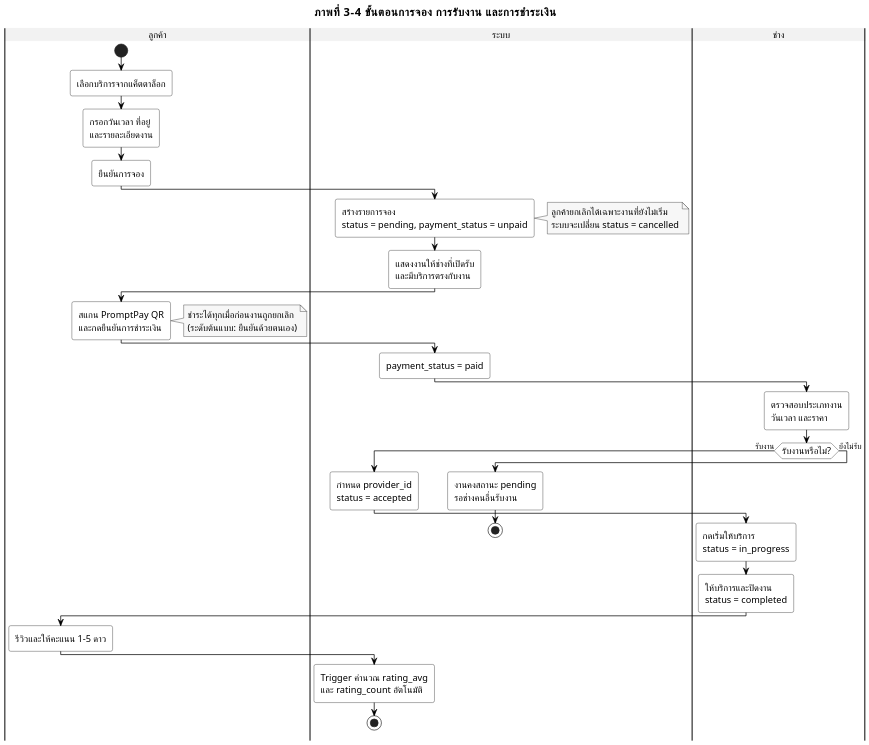
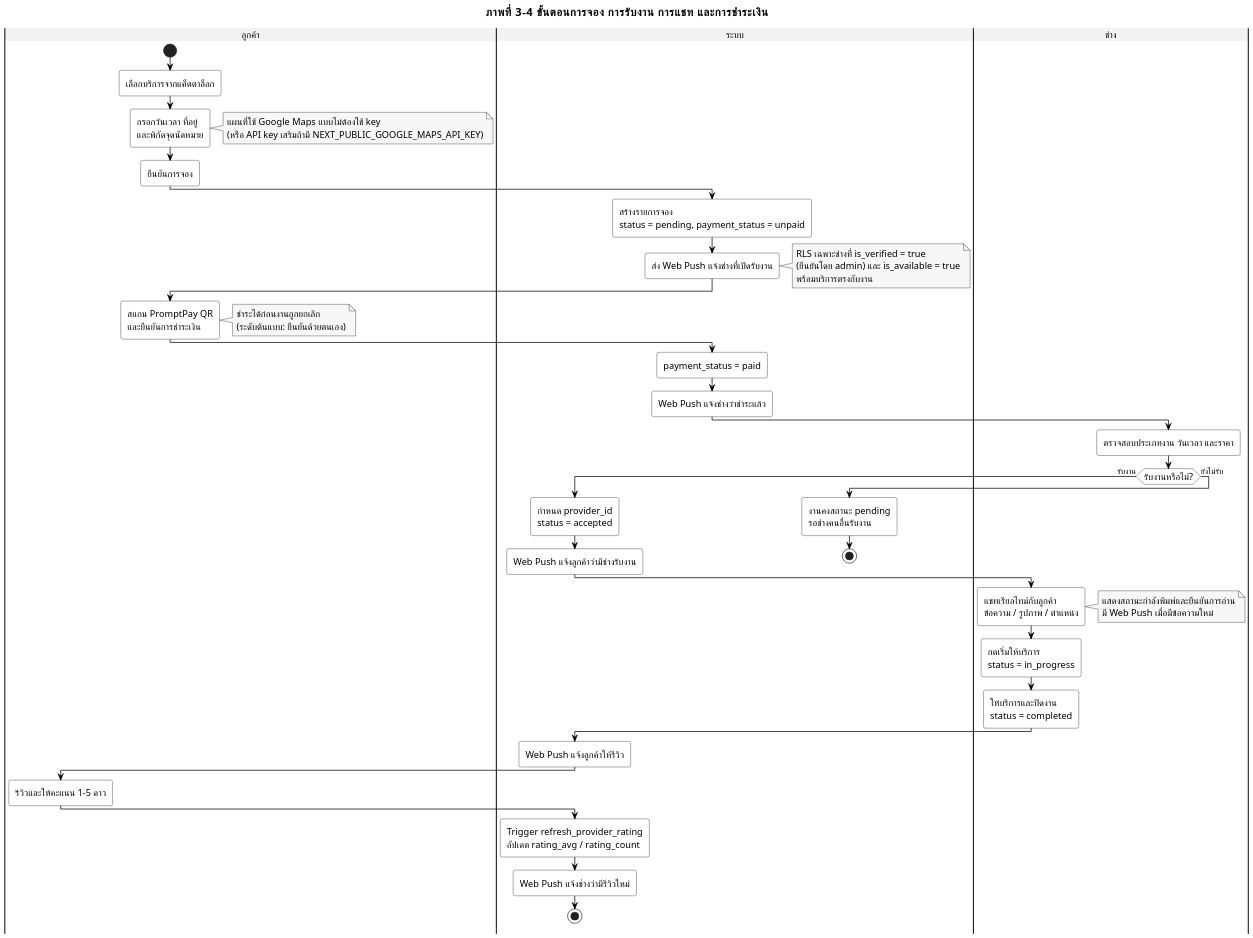
The diagram in docs/diagrams/04-booking-flow.puml (sarunyu-d-commits/Fasthelpservice), drawn with PlantUML before and after one commit. The commit also changed 14 other files, not shown here.

Commit message:
docs: refresh report diagrams to match production web app

```diff
--- a/docs/diagrams/04-booking-flow.puml
+++ b/docs/diagrams/04-booking-flow.puml
@@ -1,72 +1,87 @@
 @startuml
-title ภาพที่ 3-4 ขั้นตอนการจอง การรับงาน และการชำระเงิน
+title ภาพที่ 3-4 ขั้นตอนการจอง การรับงาน การแชท และการชำระเงิน
 
 skinparam backgroundColor #FFFFFF
 skinparam defaultFontName Tahoma
 skinparam defaultFontColor #000000
 skinparam defaultFontSize 14
 skinparam dpi 150
 skinparam shadowing false
 skinparam roundcorner 6
 skinparam ArrowColor #000000
 skinparam ArrowThickness 1.1
 skinparam ArrowFontColor #000000
 skinparam ArrowFontSize 12
 skinparam titleFontSize 17
 skinparam titleFontColor #000000
 skinparam activityBackgroundColor #FFFFFF
 skinparam activityBorderColor #000000
 skinparam activityFontColor #000000
 skinparam activityDiamondBackgroundColor #FFFFFF
 skinparam activityDiamondBorderColor #000000
 skinparam swimlaneBackgroundColor #FFFFFF
 skinparam swimlaneBorderColor #000000
 skinparam swimlaneTitleBackgroundColor #F2F2F2
 skinparam swimlaneTitleFontColor #000000
 skinparam noteBackgroundColor #F7F7F7
 skinparam noteBorderColor #000000
 
 |ลูกค้า|
 start
 :เลือกบริการจากแค็ตตาล็อก;
-:กรอกวันเวลา ที่อยู่\nและรายละเอียดงาน;
+:กรอกวันเวลา ที่อยู่\nและพิกัดจุดนัดหมาย;
+note right
+  แผนที่ใช้ Google Maps แบบไม่ต้องใช้ key
+  (หรือ API key เสริมถ้ามี NEXT_PUBLIC_GOOGLE_MAPS_API_KEY)
+end note
 :ยืนยันการจอง;
 
 |ระบบ|
 :สร้างรายการจอง\nstatus = pending, payment_status = unpaid;
+:ส่ง Web Push แจ้งช่างที่เปิดรับงาน;
 note right
-  ลูกค้ายกเลิกได้เฉพาะงานที่ยังไม่เริ่ม
-  ระบบจะเปลี่ยน status = cancelled
+  RLS เฉพาะช่างที่ is_verified = true
+  (ยืนยันโดย admin) และ is_available = true
+  พร้อมบริการตรงกับงาน
 end note
-:แสดงงานให้ช่างที่เปิดรับ\nและมีบริการตรงกับงาน;
 
 |ลูกค้า|
-:สแกน PromptPay QR\nและกดยืนยันการชำระเงิน;
+:สแกน PromptPay QR\nและยืนยันการชำระเงิน;
 note right
-  ชำระได้ทุกเมื่อก่อนงานถูกยกเลิก
+  ชำระได้ก่อนงานถูกยกเลิก
   (ระดับต้นแบบ: ยืนยันด้วยตนเอง)
 end note
 
 |ระบบ|
 :payment_status = paid;
+:Web Push แจ้งช่างว่าชำระแล้ว;
 
 |ช่าง|
-:ตรวจสอบประเภทงาน\nวันเวลา และราคา;
+:ตรวจสอบประเภทงาน วันเวลา และราคา;
 if (รับงานหรือไม่?) then (รับงาน)
   |ระบบ|
   :กำหนด provider_id\nstatus = accepted;
+  :Web Push แจ้งลูกค้าว่ามีช่างรับงาน;
   |ช่าง|
+  :แชทเรียลไทม์กับลูกค้า\nข้อความ / รูปภาพ / ตำแหน่ง;
+  note right
+    แสดงสถานะกำลังพิมพ์และยืนยันการอ่าน
+    มี Web Push เมื่อมีข้อความใหม่
+  end note
   :กดเริ่มให้บริการ\nstatus = in_progress;
   :ให้บริการและปิดงาน\nstatus = completed;
+  |ระบบ|
+  :Web Push แจ้งลูกค้าให้รีวิว;
   |ลูกค้า|
   :รีวิวและให้คะแนน 1-5 ดาว;
   |ระบบ|
-  :Trigger คำนวณ rating_avg\nและ rating_count อัตโนมัติ;
+  :Trigger refresh_provider_rating\nอัปเดต rating_avg / rating_count;
+  :Web Push แจ้งช่างว่ามีรีวิวใหม่;
   stop
 else (ยังไม่รับ)
   |ระบบ|
   :งานคงสถานะ pending\nรอช่างคนอื่นรับงาน;
   stop
 endif
 
 @enduml
```
